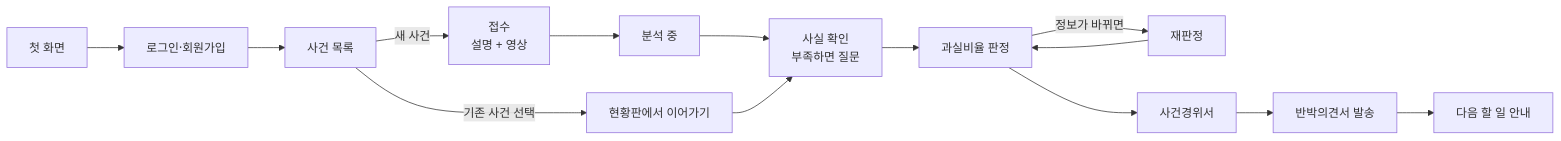
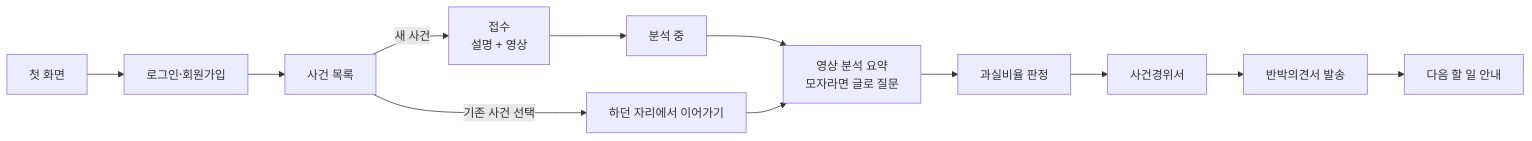
Before and after one commit to zinnli/fairway: the first of 8 diagrams in docs/handoff/03_유저플로우.md, drawn with Mermaid. The commit also changed other lines of this file and 112 other files, not shown here.

````diff
--- a/docs/handoff/03_유저플로우.md
+++ b/docs/handoff/03_유저플로우.md
@@ -9,16 +12,14 @@
 ```mermaid
 flowchart LR
   A["첫 화면"] --> B["로그인·회원가입"]
   B --> C["사건 목록"]
   C -->|새 사건| D["접수<br/>설명 + 영상"]
   D --> E["분석 중"]
-  E --> F["사실 확인<br/>부족하면 질문"]
+  E --> F["영상 분석 요약<br/>모자라면 글로 질문"]
   F --> G["과실비율 판정"]
-  G -->|정보가 바뀌면| G2["재판정"]
-  G2 --> G
   G --> H["사건경위서"]
   H --> I["반박의견서 발송"]
   I --> J["다음 할 일 안내"]
-  C -->|기존 사건 선택| K["현황판에서 이어가기"]
+  C -->|기존 사건 선택| K["하던 자리에서 이어가기"]
   K --> F
 ```
````
